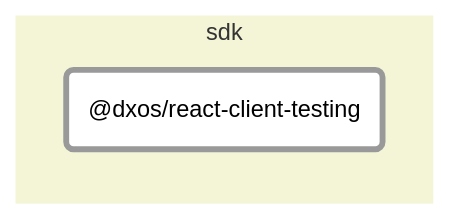
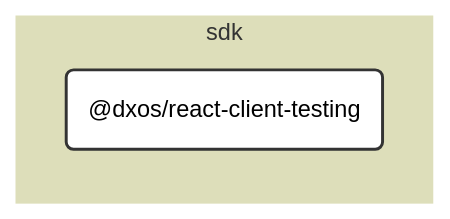
The diagram in packages/sdk/react-client-testing/docs/README.md (dxos/dxos), drawn with Mermaid (neutral theme) before and after one commit. The commit also changed 100 other files, not shown here.

````diff
--- a/packages/sdk/react-client-testing/docs/README.md
+++ b/packages/sdk/react-client-testing/docs/README.md
@@ -7,12 +7,25 @@
 ```mermaid
-flowchart LR;
+%%{ init: {'flowchart':{'curve':'basis'}} }%%
 
-style dxos/react-client-testing fill:#fff,stroke-width:4px;
+flowchart LR
+
+%% Links
+
+%% Sections
+subgraph sdk
+  style sdk fill:#dddeba,stroke:#fff;
+
+  dxos/react-client-testing("@dxos/react-client-testing")
+end
 
 
-subgraph sdk
-  style sdk fill:#f4f5d6,stroke:#fff;
-  dxos/react-client-testing("@dxos/react-client-testing");
-end
+%% Hyperlinks
+
+%% Styles
+classDef rootNode fill:#fff,stroke:#333,stroke-width:2px
+classDef defaultNode fill:#fff,stroke:#333,stroke-width:1px
+linkStyle default stroke:#333,stroke-width:1px
+
+dxos/react-client-testing:::rootNode
 
 ```
````
